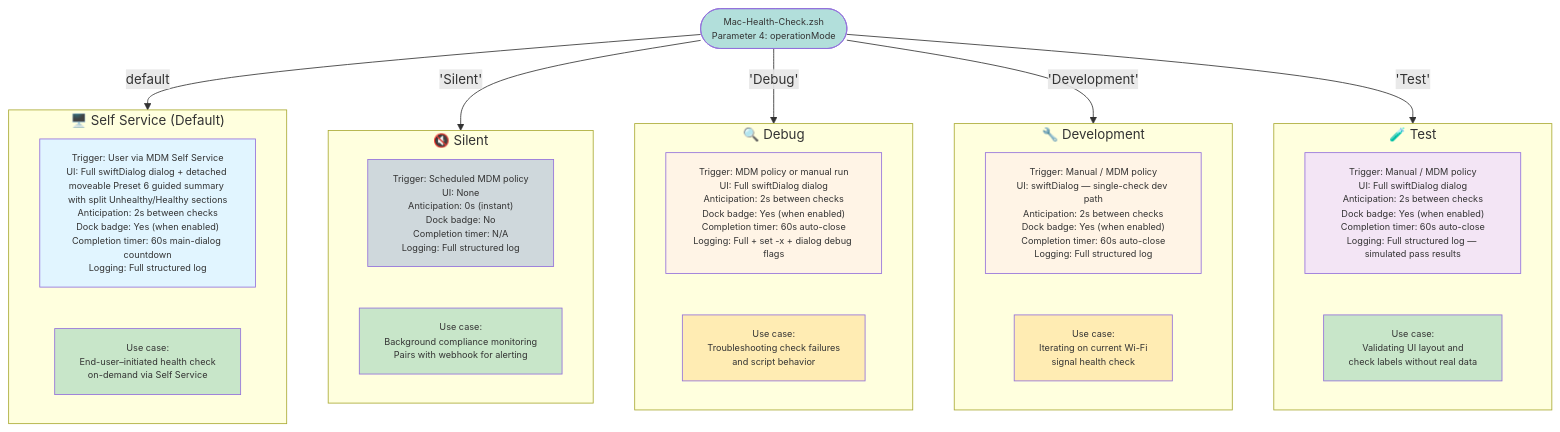
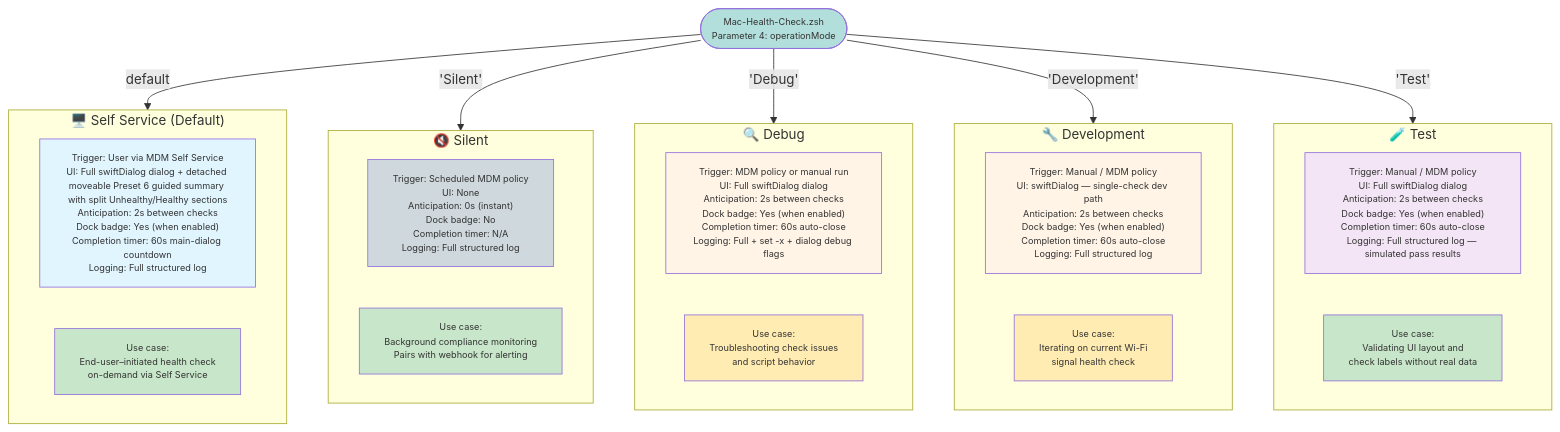
One commit to HowardGMac/Mac-Health-Check changed the diagram in Diagrams/05-operation-modes.md. Above: the diagram before and after it, drawn with Mermaid. The commit also changed other lines of this file and 15 other files, not shown here.

````diff
--- a/Diagrams/05-operation-modes.md
+++ b/Diagrams/05-operation-modes.md
@@ -5,54 +5,54 @@
 ```mermaid
 graph TB
     ENTRY(["Mac-Health-Check.zsh<br>Parameter 4: operationMode"])
 
     subgraph SelfService["🖥️ Self Service (Default)"]
         SS_DESC["Trigger: User via MDM Self Service<br>UI: Full swiftDialog dialog + detached moveable Preset 6 guided summary with split Unhealthy/Healthy sections<br>Anticipation: 2s between checks<br>Dock badge: Yes (when enabled)<br>Completion timer: 60s main-dialog countdown<br>Logging: Full structured log"]
         SS_USE["Use case:<br>End-user–initiated health check<br>on-demand via Self Service"]
 
         style SS_DESC fill:#e1f5ff
         style SS_USE fill:#c8e6c9
     end
 
     subgraph Silent["🔇 Silent"]
         SL_DESC["Trigger: Scheduled MDM policy<br>UI: None<br>Anticipation: 0s (instant)<br>Dock badge: No<br>Completion timer: N/A<br>Logging: Full structured log"]
         SL_USE["Use case:<br>Background compliance monitoring<br>Pairs with webhook for alerting"]
 
         style SL_DESC fill:#cfd8dc
         style SL_USE fill:#c8e6c9
     end
 
     subgraph Debug["🔍 Debug"]
         DB_DESC["Trigger: MDM policy or manual run<br>UI: Full swiftDialog dialog<br>Anticipation: 2s between checks<br>Dock badge: Yes (when enabled)<br>Completion timer: 60s auto-close<br>Logging: Full + set -x + dialog debug flags"]
-        DB_USE["Use case:<br>Troubleshooting check failures<br>and script behavior"]
+        DB_USE["Use case:<br>Troubleshooting check issues<br>and script behavior"]
 
         style DB_DESC fill:#fff4e6
         style DB_USE fill:#ffecb3
     end
 
     subgraph Development["🔧 Development"]
         DV_DESC["Trigger: Manual / MDM policy<br>UI: swiftDialog — single-check dev path<br>Anticipation: 2s between checks<br>Dock badge: Yes (when enabled)<br>Completion timer: 60s auto-close<br>Logging: Full structured log"]
         DV_USE["Use case:<br>Iterating on current Wi-Fi<br>signal health check"]
 
         style DV_DESC fill:#fff4e6
         style DV_USE fill:#ffecb3
     end
 
     subgraph Test["🧪 Test"]
         TS_DESC["Trigger: Manual / MDM policy<br>UI: Full swiftDialog dialog<br>Anticipation: 2s between checks<br>Dock badge: Yes (when enabled)<br>Completion timer: 60s auto-close<br>Logging: Full structured log — simulated pass results"]
         TS_USE["Use case:<br>Validating UI layout and<br>check labels without real data"]
 
         style TS_DESC fill:#f3e5f5
         style TS_USE fill:#c8e6c9
     end
 
     ENTRY -->|default| SelfService
     ENTRY -->|"'Silent'"| Silent
     ENTRY -->|"'Debug'"| Debug
     ENTRY -->|"'Development'"| Development
     ENTRY -->|"'Test'"| Test
 
     style ENTRY fill:#b2dfdb
 
     classDef default font-size:11px
 ```
````
